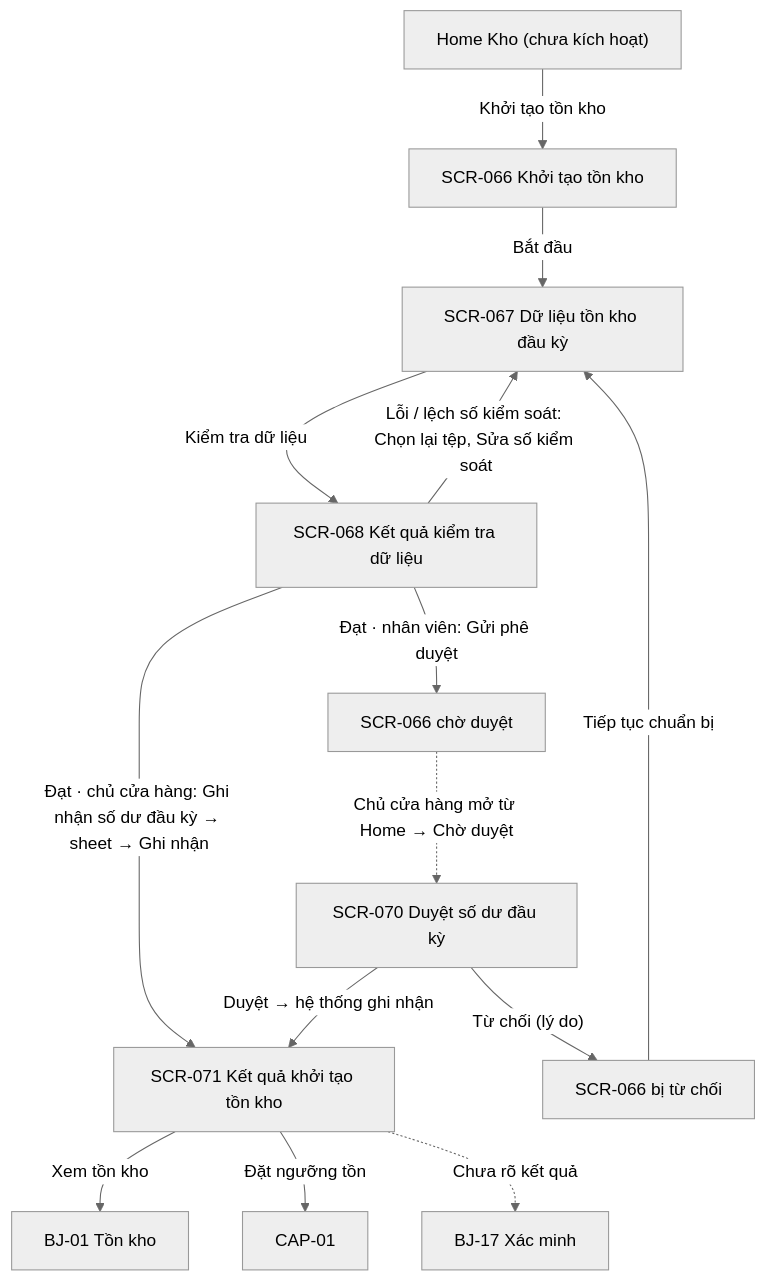
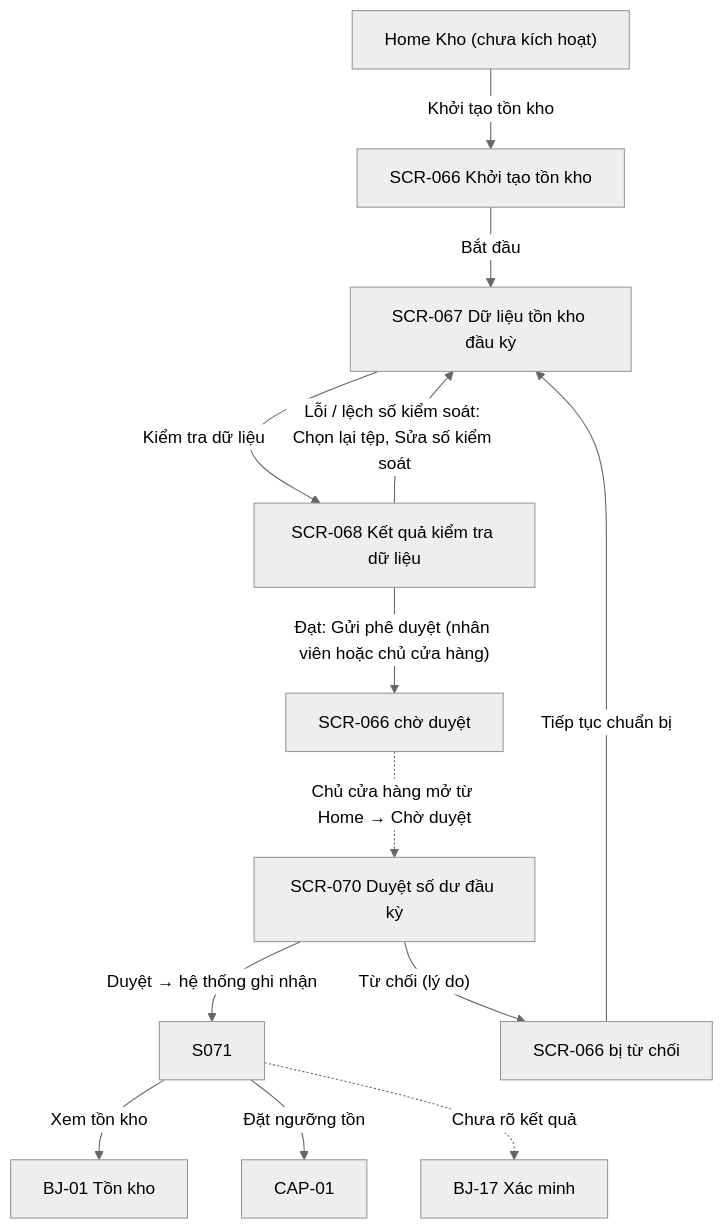
Before and after one commit to DsChien102/erp-sales-inventory: the diagram in specs/themes/theme-07/03.design/flows/UIF-12-BJ-12.md, drawn with Mermaid (neutral theme). The commit also changed other lines of this file and 90 other files, not shown here.

````diff
--- a/specs/themes/theme-07/03.design/flows/UIF-12-BJ-12.md
+++ b/specs/themes/theme-07/03.design/flows/UIF-12-BJ-12.md
@@ -37,16 +36,15 @@
 ```mermaid
 flowchart TD
     HUB["Home Kho (chưa kích hoạt)"] -->|"Khởi tạo tồn kho"| S066["SCR-066 Khởi tạo tồn kho"]
     S066 -->|"Bắt đầu"| S067["SCR-067 Dữ liệu tồn kho đầu kỳ"]
     S067 -->|"Kiểm tra dữ liệu"| S068["SCR-068 Kết quả kiểm tra dữ liệu"]
     S068 -->|"Lỗi / lệch số kiểm soát: Chọn lại tệp, Sửa số kiểm soát"| S067
-    S068 -->|"Đạt · chủ cửa hàng: Ghi nhận số dư đầu kỳ → sheet → Ghi nhận"| S071["SCR-071 Kết quả khởi tạo tồn kho"]
-    S068 -->|"Đạt · nhân viên: Gửi phê duyệt"| S066P["SCR-066 chờ duyệt"]
+    S068 -->|"Đạt: Gửi phê duyệt (nhân viên hoặc chủ cửa hàng)"| S066P["SCR-066 chờ duyệt"]
     S066P -.->|"Chủ cửa hàng mở từ Home → Chờ duyệt"| S070["SCR-070 Duyệt số dư đầu kỳ"]
     S070 -->|"Duyệt → hệ thống ghi nhận"| S071
     S070 -->|"Từ chối (lý do)"| S066R["SCR-066 bị từ chối"]
     S066R -->|"Tiếp tục chuẩn bị"| S067
     S071 -->|"Xem tồn kho"| BJ01["BJ-01 Tồn kho"]
     S071 -->|"Đặt ngưỡng tồn"| CAP01["CAP-01"]
     S071 -.->|"Chưa rõ kết quả"| BJ17["BJ-17 Xác minh"]
 ```
````
